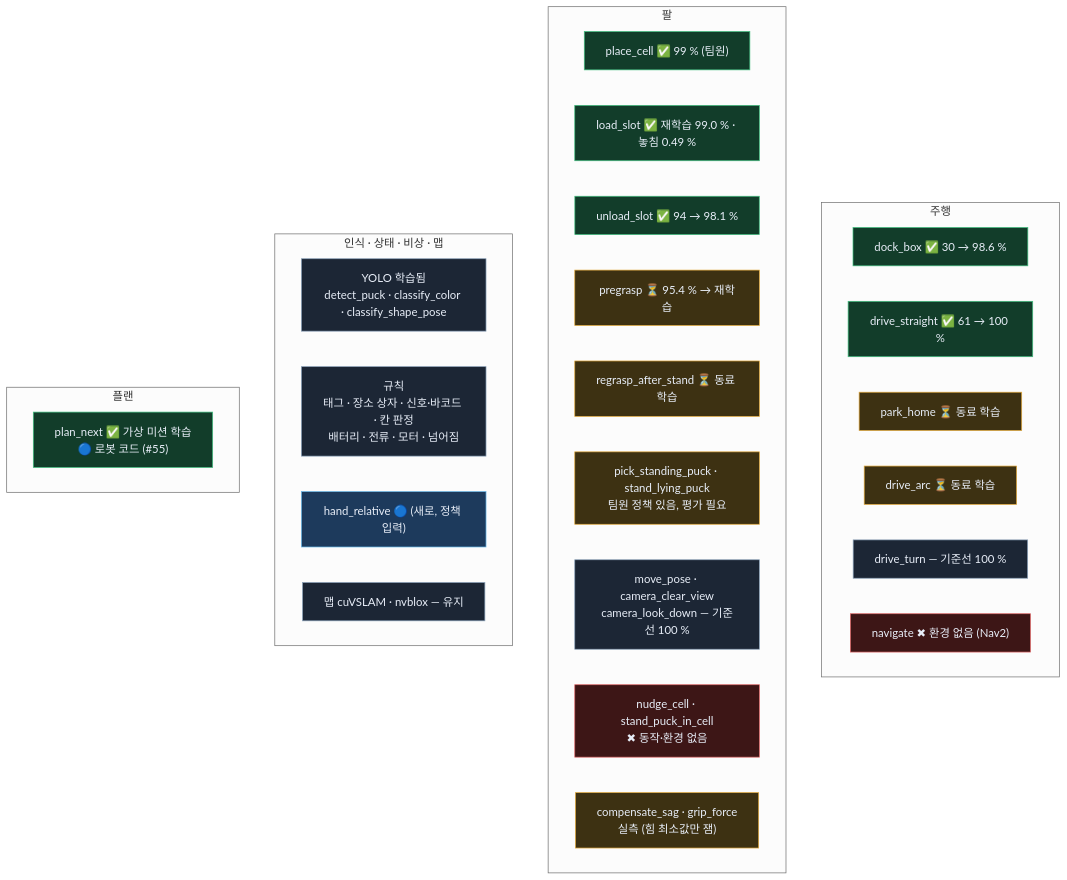
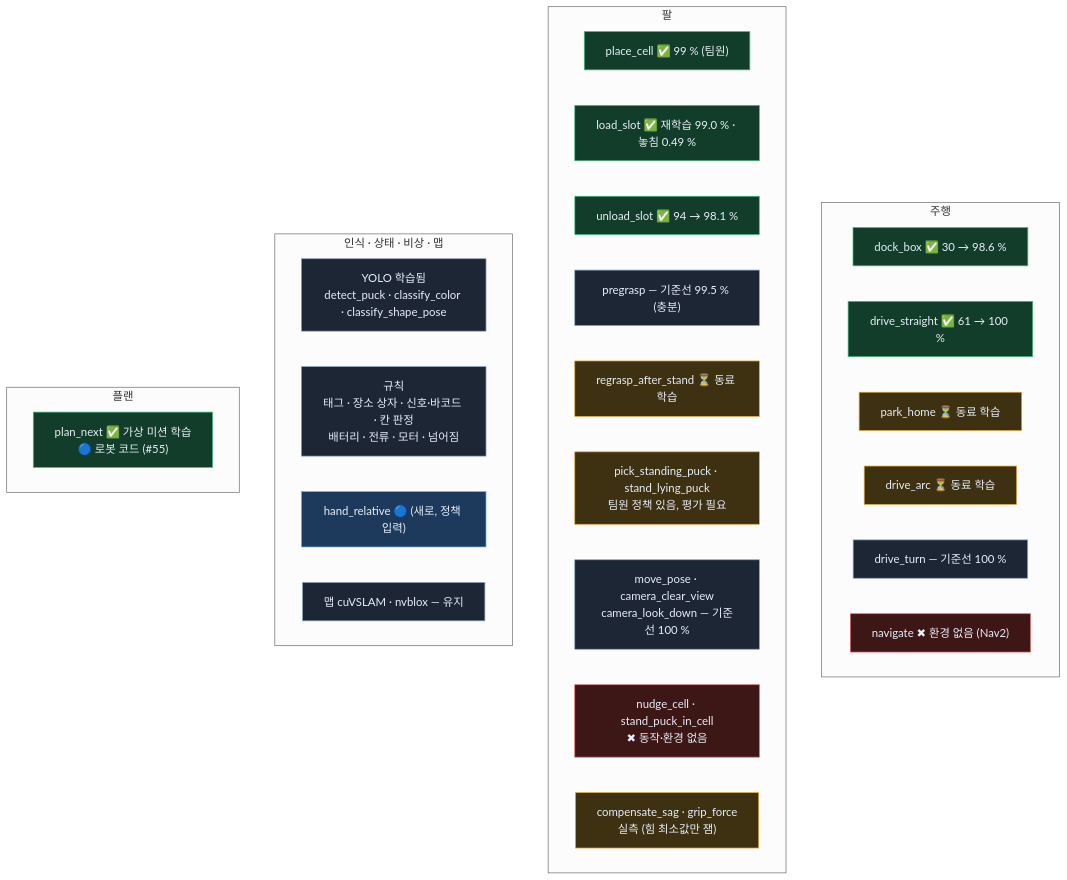
Before and after one commit to JuneKunst/JuneKunst.github.io: the seventh of 9 diagrams in bee/system-map.md, drawn with Mermaid (neutral theme). The commit also changed other lines of this file and 5 other files, not shown here.

Commit message:
docs: bee 재학습 끝 — load_slot 정책 교체 · pregrasp 기준선으로 충분

````diff
--- a/bee/system-map.md
+++ b/bee/system-map.md
@@ -280,36 +280,36 @@
 ```mermaid
 flowchart TB
   subgraph g4_DRIVE["주행"]
     g4_d1["dock_box ✅ 30 → 98.6 %"]:::ok
     g4_d2["drive_straight ✅ 61 → 100 %"]:::ok
     g4_d3["park_home ⏳ 동료 학습"]:::wip
     g4_d4["drive_arc ⏳ 동료 학습"]:::wip
     g4_d5["drive_turn — 기준선 100 %"]:::keep
     g4_d6["navigate ✖ 환경 없음 (Nav2)"]:::no
   end
   subgraph g4_ARM["팔"]
     g4_a1["place_cell ✅ 99 % (팀원)"]:::ok
     g4_a2["load_slot ✅ 재학습 99.0 % · 놓침 0.49 %"]:::ok
     g4_a3["unload_slot ✅ 94 → 98.1 %"]:::ok
-    g4_a4["pregrasp ⏳ 95.4 % → 재학습"]:::wip
+    g4_a4["pregrasp — 기준선 99.5 % (충분)"]:::keep
     g4_a5["regrasp_after_stand ⏳ 동료 학습"]:::wip
     g4_a6["pick_standing_puck · stand_lying_puck<br/>팀원 정책 있음, 평가 필요"]:::wip
     g4_a7["move_pose · camera_clear_view<br/>camera_look_down — 기준선 100 %"]:::keep
     g4_a8["nudge_cell · stand_puck_in_cell<br/>✖ 동작·환경 없음"]:::no
     g4_a9["compensate_sag · grip_force<br/>실측 (힘 최소값만 잼)"]:::wip
   end
   subgraph g4_SENSE["인식 · 상태 · 비상 · 맵"]
     g4_s1["YOLO 학습됨<br/>detect_puck · classify_color · classify_shape_pose"]:::keep
     g4_s2["규칙<br/>태그 · 장소 상자 · 신호·바코드 · 칸 판정<br/>배터리 · 전류 · 모터 · 넘어짐"]:::keep
     g4_s3["hand_relative 🔵 (새로, 정책 입력)"]:::code
     g4_s4["맵 cuVSLAM · nvblox — 유지"]:::keep
   end
   subgraph g4_PLANS["플랜"]
     g4_p1["plan_next ✅ 가상 미션 학습<br/>🔵 로봇 코드 (#55)"]:::ok
   end
   classDef ok fill:#123d2a,stroke:#3fbf7f,color:#e8eef8
   classDef code fill:#1d3a5c,stroke:#67b7e8,color:#e8eef8
   classDef wip fill:#3d3112,stroke:#e2a83a,color:#e8eef8
   classDef no fill:#3d1616,stroke:#e06666,color:#e8eef8
   classDef keep fill:#1c2635,stroke:#8aa0b8,color:#e8eef8
 ```
````
